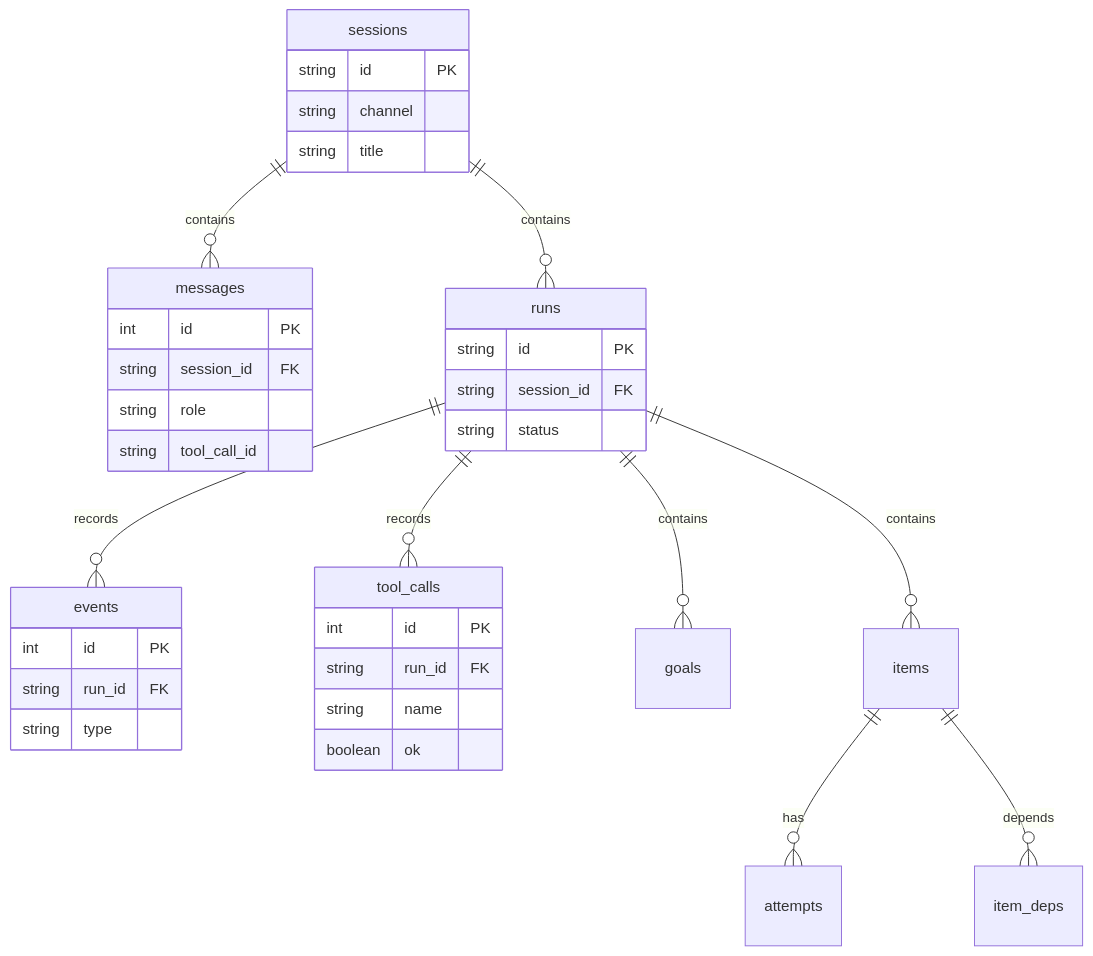
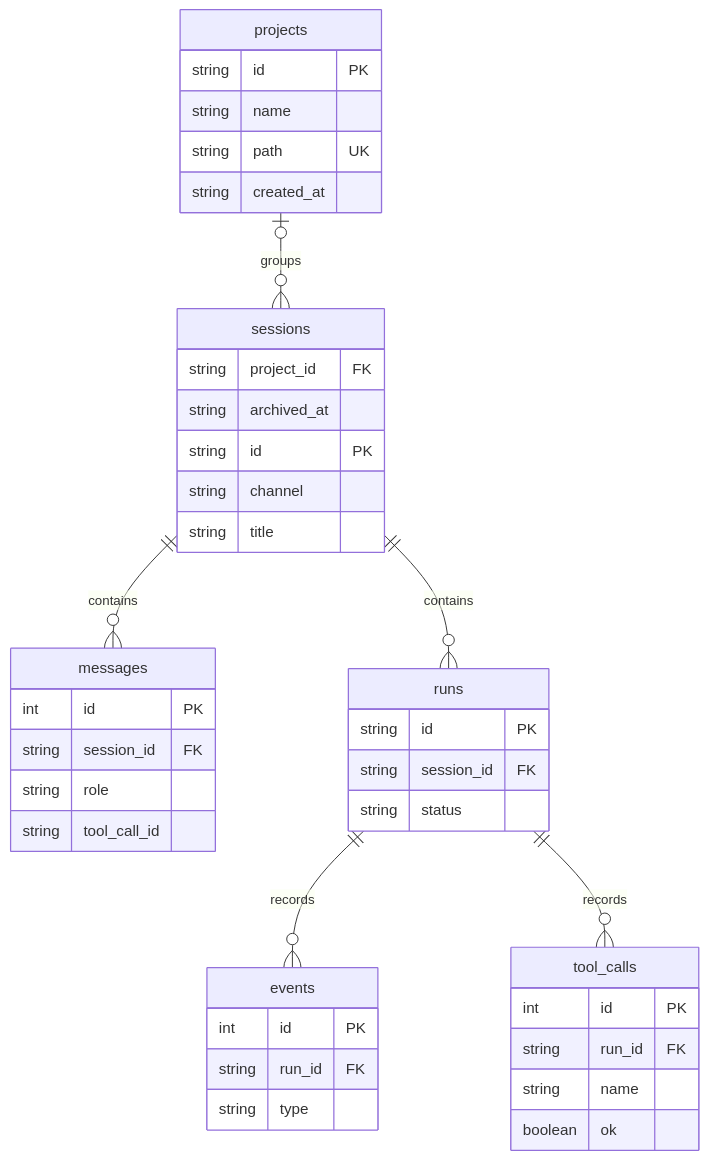
The third of 3 diagrams in docs/architecture.md (ShaoLongFei/dongdong), drawn with Mermaid before and after one commit. The commit also changed other lines of this file and 34 other files, not shown here.

````diff
--- a/docs/architecture.md
+++ b/docs/architecture.md
@@ -184,38 +183,43 @@
 ```mermaid
 erDiagram
+    projects |o--o{ sessions : groups
     sessions ||--o{ messages : contains
     sessions ||--o{ runs : contains
     runs ||--o{ events : records
     runs ||--o{ tool_calls : records
+    projects {
+        string id PK
+        string name
+        string path UK
+        string created_at
+    }
     sessions {
+        string project_id FK
+        string archived_at
         string id PK
         string channel
         string title
     }
     messages {
         int id PK
         string session_id FK
         string role
         string tool_call_id
     }
     runs {
         string id PK
         string session_id FK
         string status
     }
-    runs ||--o{ goals : contains
-    runs ||--o{ items : contains
-    items ||--o{ attempts : has
-    items ||--o{ item_deps : depends
     events {
         int id PK
         string run_id FK
         string type
     }
     tool_calls {
         int id PK
         string run_id FK
         string name
         boolean ok
     }
 ```
````
